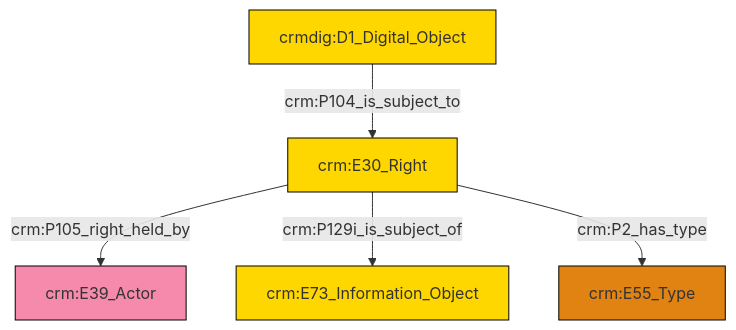
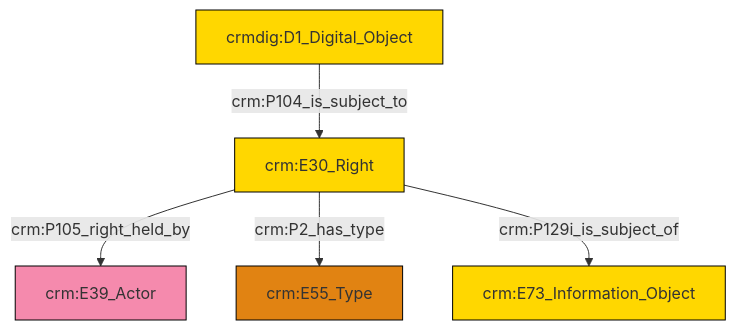
Before and after one commit to swiss-art-research-net/docs.swissartresearch: the diagram in et/doCSV/ttl/mmd/do_rights.ttl.mmd, drawn with Mermaid. The commit also changed 172 other files, not shown here.

```diff
--- a/et/doCSV/ttl/mmd/do_rights.ttl.mmd
+++ b/et/doCSV/ttl/mmd/do_rights.ttl.mmd
@@ -1,19 +1,19 @@
 graph TD
 classDef Literal fill:#f2f2f2,stroke:#000000;
 classDef CRM_Entity fill:#FFFFFF,stroke:#000000;
 classDef Temporal_Entity fill:#00C9E6, stroke:#000000;
 classDef Type fill:#E18312, stroke:#000000;
 classDef Time-Span fill:#2C9C91, stroke:#000000;
 classDef Appellation fill:#FFEB7F, stroke:#000000;
 classDef Place fill:#008836, stroke:#000000;
 classDef Persistent_Item fill:#B266B2, stroke:#000000;
 classDef Conceptual_Object fill:#FFD700, stroke:#000000;
 classDef Physical_Thing fill:#D2B48C, stroke:#000000;
 classDef Actor fill:#f58aad, stroke:#000000;
 classDef PC_Classes fill:#4ce600, stroke:#000000;
 classDef Multi fill:#cccccc,stroke:#000000;
 
 0["crm:E30_Right"]:::Conceptual_Object -->|crm:P105_right_held_by| 1["crm:E39_Actor"]:::Actor
-2["crmdig:D1_Digital_Object"]:::Conceptual_Object -->|crm:P104_is_subject_to| 0["crm:E30_Right"]:::Conceptual_Object
-0["crm:E30_Right"]:::Conceptual_Object -->|crm:P129i_is_subject_of| 3["crm:E73_Information_Object"]:::Conceptual_Object
-0["crm:E30_Right"]:::Conceptual_Object -->|crm:P2_has_type| 7["crm:E55_Type"]:::Type
+0["crm:E30_Right"]:::Conceptual_Object -->|crm:P2_has_type| 2["crm:E55_Type"]:::Type
+3["crmdig:D1_Digital_Object"]:::Conceptual_Object -->|crm:P104_is_subject_to| 0["crm:E30_Right"]:::Conceptual_Object
+0["crm:E30_Right"]:::Conceptual_Object -->|crm:P129i_is_subject_of| 4["crm:E73_Information_Object"]:::Conceptual_Object
```
